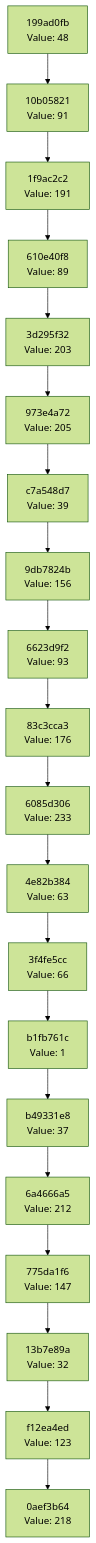
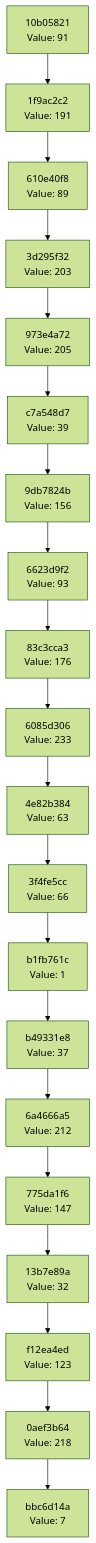
Before and after one commit to Abhisheksinha1506/hash-chain-evolver: the diagram in docs/CHAIN_VISUALIZATION.md, drawn with Mermaid (forest theme). The commit also changed 2 other files, not shown here.

Commit message:
Evolution Step

````diff
--- a/docs/CHAIN_VISUALIZATION.md
+++ b/docs/CHAIN_VISUALIZATION.md
@@ -3,42 +3,42 @@
 ```mermaid
 graph TD
-    C0["0aef3b64<br/>Value: 218"]
-    C1["f12ea4ed<br/>Value: 123"]
+    C0["bbc6d14a<br/>Value: 7"]
+    C1["0aef3b64<br/>Value: 218"]
     C1 --> C0
-    C2["13b7e89a<br/>Value: 32"]
+    C2["f12ea4ed<br/>Value: 123"]
     C2 --> C1
-    C3["775da1f6<br/>Value: 147"]
+    C3["13b7e89a<br/>Value: 32"]
     C3 --> C2
-    C4["6a4666a5<br/>Value: 212"]
+    C4["775da1f6<br/>Value: 147"]
     C4 --> C3
-    C5["b49331e8<br/>Value: 37"]
+    C5["6a4666a5<br/>Value: 212"]
     C5 --> C4
-    C6["b1fb761c<br/>Value: 1"]
+    C6["b49331e8<br/>Value: 37"]
     C6 --> C5
-    C7["3f4fe5cc<br/>Value: 66"]
+    C7["b1fb761c<br/>Value: 1"]
     C7 --> C6
-    C8["4e82b384<br/>Value: 63"]
+    C8["3f4fe5cc<br/>Value: 66"]
     C8 --> C7
-    C9["6085d306<br/>Value: 233"]
+    C9["4e82b384<br/>Value: 63"]
     C9 --> C8
-    C10["83c3cca3<br/>Value: 176"]
+    C10["6085d306<br/>Value: 233"]
     C10 --> C9
-    C11["6623d9f2<br/>Value: 93"]
+    C11["83c3cca3<br/>Value: 176"]
     C11 --> C10
-    C12["9db7824b<br/>Value: 156"]
+    C12["6623d9f2<br/>Value: 93"]
     C12 --> C11
-    C13["c7a548d7<br/>Value: 39"]
+    C13["9db7824b<br/>Value: 156"]
     C13 --> C12
-    C14["973e4a72<br/>Value: 205"]
+    C14["c7a548d7<br/>Value: 39"]
     C14 --> C13
-    C15["3d295f32<br/>Value: 203"]
+    C15["973e4a72<br/>Value: 205"]
     C15 --> C14
-    C16["610e40f8<br/>Value: 89"]
+    C16["3d295f32<br/>Value: 203"]
     C16 --> C15
-    C17["1f9ac2c2<br/>Value: 191"]
+    C17["610e40f8<br/>Value: 89"]
     C17 --> C16
-    C18["10b05821<br/>Value: 91"]
+    C18["1f9ac2c2<br/>Value: 191"]
     C18 --> C17
-    C19["199ad0fb<br/>Value: 48"]
+    C19["10b05821<br/>Value: 91"]
     C19 --> C18
 ```
````
